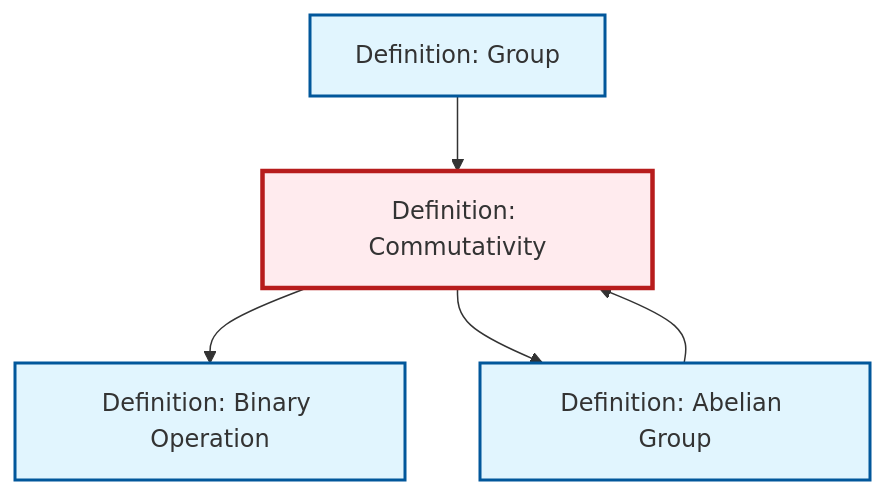
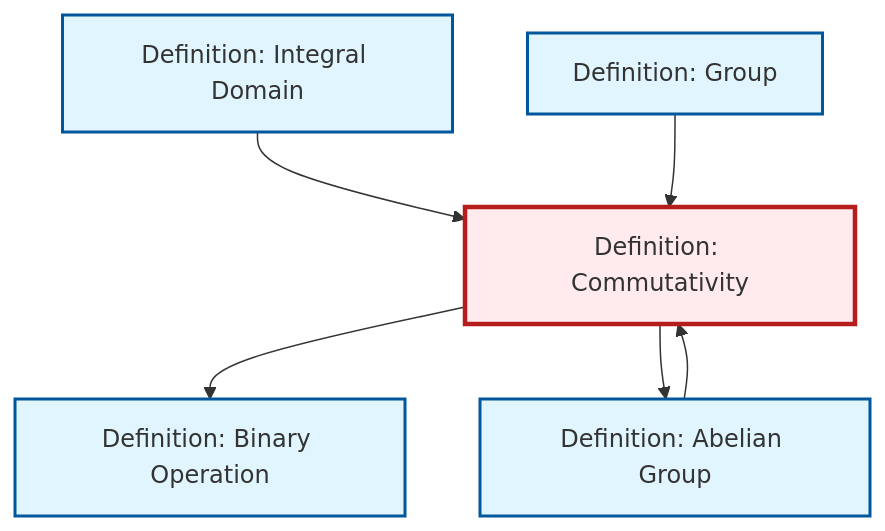
Before and after one commit to RK0429/ModernMath: the diagram in content/ja/algebra/def-commutativity.qmd, drawn with Mermaid. The commit also changed 597 other files, not shown here.

````diff
--- a/content/ja/algebra/def-commutativity.qmd
+++ b/content/ja/algebra/def-commutativity.qmd
@@ -102,21 +102,24 @@
 ```{mermaid}
 %%| fig-cap: "Local dependency graph"
 graph TD
     classDef definition fill:#e1f5fe,stroke:#01579b,stroke-width:2px
     classDef theorem fill:#f3e5f5,stroke:#4a148c,stroke-width:2px
     classDef axiom fill:#fff3e0,stroke:#e65100,stroke-width:2px
     classDef example fill:#e8f5e9,stroke:#1b5e20,stroke-width:2px
     classDef current fill:#ffebee,stroke:#b71c1c,stroke-width:3px
+    def-integral-domain["Definition: Integral Domain"]:::definition
     def-commutativity["Definition: Commutativity"]:::definition
+    def-abelian-group["Definition: Abelian Group"]:::definition
     def-group["Definition: Group"]:::definition
-    def-abelian-group["Definition: Abelian Group"]:::definition
     def-binary-operation["Definition: Binary Operation"]:::definition
+    def-integral-domain --> def-commutativity
     def-commutativity --> def-binary-operation
+    def-abelian-group --> def-commutativity
+    def-group --> def-commutativity
     def-commutativity --> def-abelian-group
-    def-group --> def-commutativity
-    def-abelian-group --> def-commutativity
     class def-commutativity current
+    click def-integral-domain "def-integral-domain.html" "Definition: Integral Domainへ"
+    click def-abelian-group "def-abelian-group.html" "Definition: Abelian Groupへ"
     click def-group "def-group.html" "Definition: Groupへ"
-    click def-abelian-group "def-abelian-group.html" "Definition: Abelian Groupへ"
     click def-binary-operation "def-binary-operation.html" "Definition: Binary Operationへ"
 ```
````
